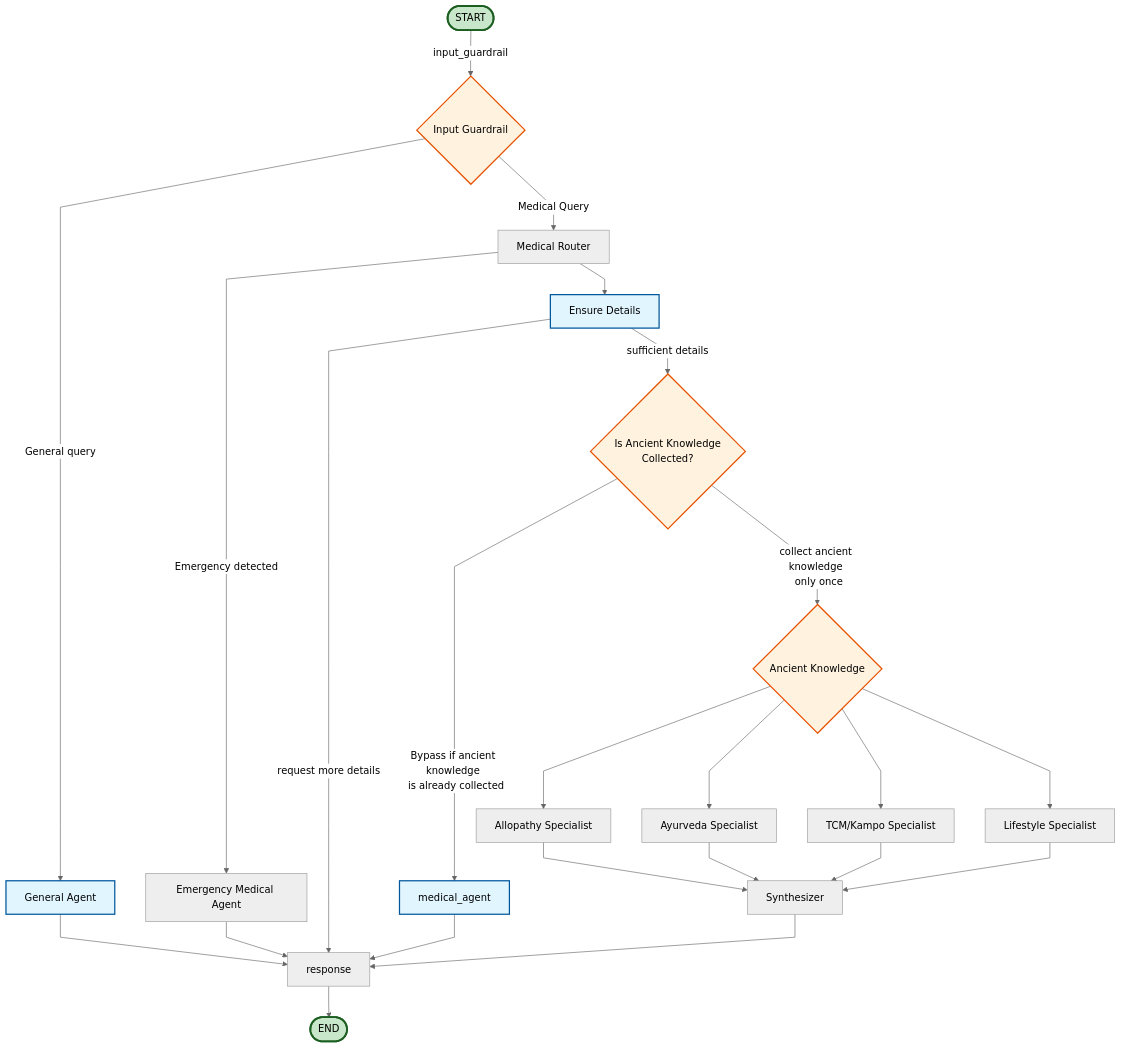
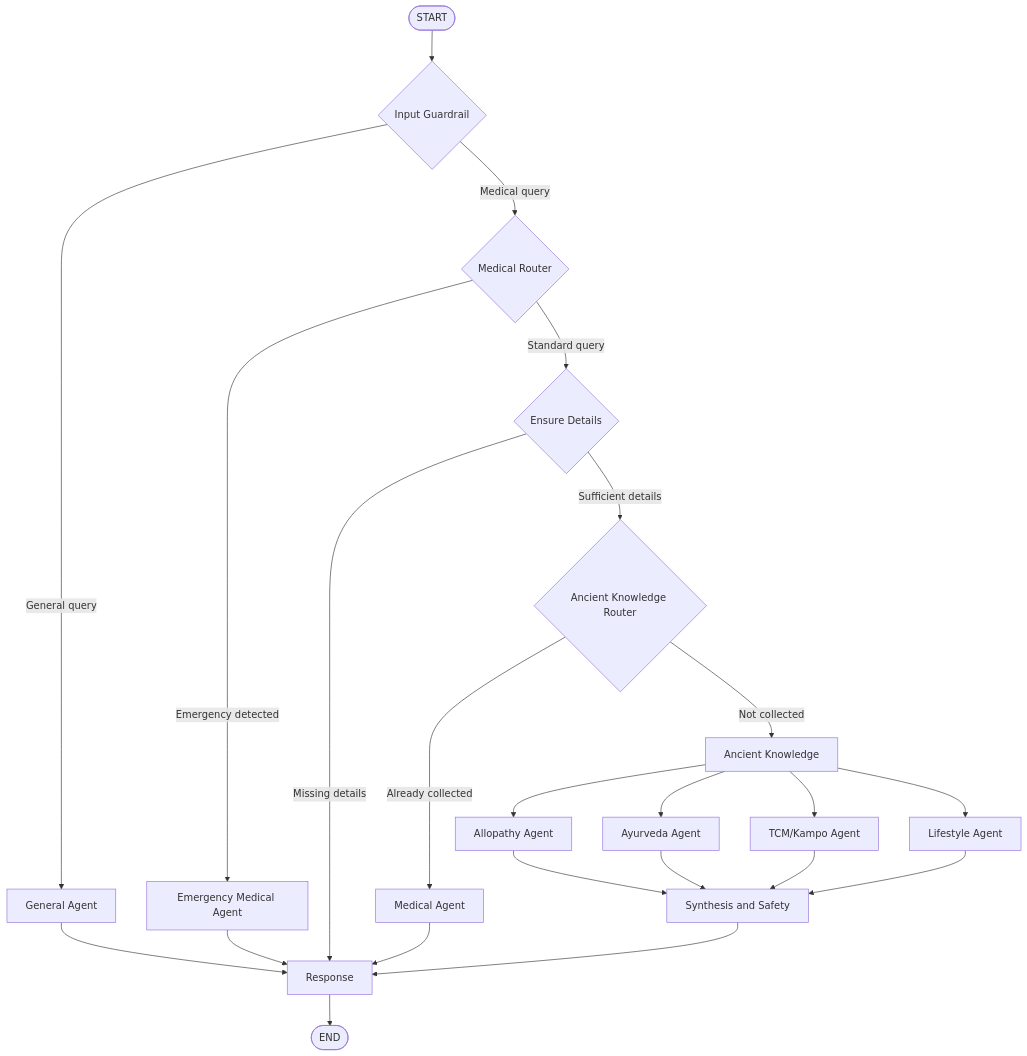
Before and after one commit to Tejashree-Khot/personal-medical-assistant: the diagram in docs/orchestration.md, drawn with Mermaid. The commit also changed other lines of this file and 1 other file, not shown here.

````diff
--- a/docs/orchestration.md
+++ b/docs/orchestration.md
@@ -5,59 +5,43 @@
 ```mermaid
----
-config:
-  flowchart:
-    curve: linear
----
-%%{init: {'theme': 'neutral'}}%%
 graph TD
-    START([START]) -->|input_guardrail| input_guardrail{Input Guardrail}
+    START([START]) --> input_guardrail{Input Guardrail}
 
     %% Input routing
     input_guardrail -->|General query| general_agent[General Agent]
-    input_guardrail -->|Medical Query| medical_router[Medical Router]
+    input_guardrail -->|Medical query| medical_router{Medical Router}
 
-    %%Medical routing
-    medical_router -->|Emergency detected | emergency_medical_agent[Emergency Medical Agent]
-    medical_router --> ensure_details[Ensure Details]
+    %% Medical routing
+    medical_router -->|Emergency detected| emergency_medical_agent[Emergency Medical Agent]
+    medical_router -->|Standard query| ensure_details{Ensure Details}
 
     %% General Agent
-    general_agent --> response
+    general_agent --> response[Response]
 
-    %% Profile and details
-    ensure_details -->|request more details| response
-    ensure_details -->|sufficient details| ancient_knowledge_router{Is Ancient Knowledge <br/> Collected?}
+    %% Details verification
+    ensure_details -->|Missing details| response
+    ensure_details -->|Sufficient details| ancient_knowledge_router{Ancient Knowledge Router}
 
-    %% Supervisor routing
-    ancient_knowledge_router -->|Bypass if ancient knowledge <br/> is already collected | medical_agent
-    ancient_knowledge_router -->|collect ancient knowledge <br/> only once | ancient_knowledge{Ancient Knowledge}
+    %% Ancient knowledge routing
+    ancient_knowledge_router -->|Already collected| medical_agent[Medical Agent]
+    ancient_knowledge_router -->|Not collected| ancient_knowledge[Ancient Knowledge]
 
-    %% Knowledge agents
-    ancient_knowledge --> allopathy_specialist[Allopathy Specialist]
-    ancient_knowledge --> ayurveda_specialist[Ayurveda Specialist]
-    ancient_knowledge --> tcm_kampo_specialist[TCM/Kampo Specialist]
-    ancient_knowledge --> lifestyle_specialist[Lifestyle Specialist]
+    %% Specialist agents - parallel execution
+    ancient_knowledge --> allopathy_agent[Allopathy Agent]
+    ancient_knowledge --> ayurveda_agent[Ayurveda Agent]
+    ancient_knowledge --> tcm_kampo_agent[TCM/Kampo Agent]
+    ancient_knowledge --> lifestyle_agent[Lifestyle Agent]
 
     %% Synthesis
-    allopathy_specialist --> synthesizer[Synthesizer]
-    ayurveda_specialist --> synthesizer
-    tcm_kampo_specialist --> synthesizer
-    lifestyle_specialist --> synthesizer
+    allopathy_agent --> synthesis_and_safety[Synthesis and Safety]
+    ayurveda_agent --> synthesis_and_safety
+    tcm_kampo_agent --> synthesis_and_safety
+    lifestyle_agent --> synthesis_and_safety
 
-    %% Safety & adjustments
+    %% Final responses
     emergency_medical_agent --> response
     medical_agent --> response
-    synthesizer --> response
+    synthesis_and_safety --> response
 
-    %% Response generation
+    %% End
     response --> END([END])
-
-    %% Styling
-    classDef processNode fill:#e1f5fe,stroke:#01579b,stroke-width:2px
-    classDef decisionNode fill:#fff3e0,stroke:#e65100,stroke-width:2px
-    classDef startEndNode fill:#c8e6c9,stroke:#1b5e20,stroke-width:3px
-
-    class general_agent,allopathy_agent,ayurveda_agent,tcm_kampo_agent,lifestyle_agent processNode
-    class load_profile,ensure_details,ancient_knowledge_router,ancient_knowledge,synthesis_node,contraindication_check,adjustment_node,medical_agent processNode
-    class input_guardrail,ancient_knowledge_router,ancient_knowledge,contraindication_check decisionNode
-    class START,END startEndNode
 ```
````
